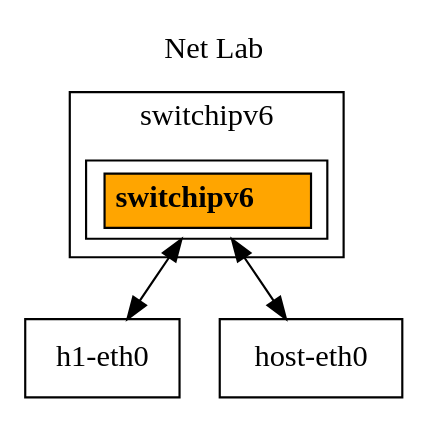
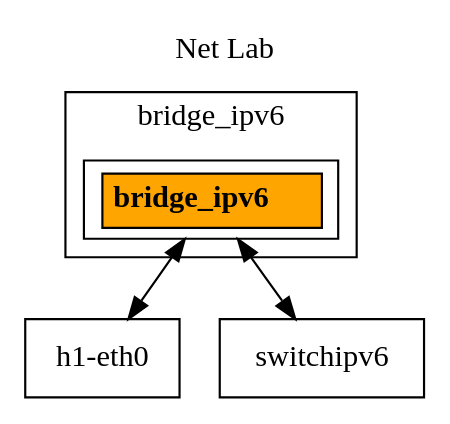
Before and after one commit to anhndd/IPv6_IPv4_Packet_Translation: the diagram in graph.dot, drawn with Graphviz. The commit also changed 3 other files, not shown here.

```diff
--- a/graph.dot
+++ b/graph.dot
@@ -1,22 +1,22 @@
 digraph G { 
     label = "Net Lab";
     labelloc = top;
  
     node [shape=record];
     edge [dir=both];
 subgraph cluster_0 {
 		label = h1;
 	
 	}
 subgraph cluster_1 {
-		label = switchipv6;
+		label = bridge_ipv6;
 	
-        "switchipv6" [label=<
+        "bridge_ipv6" [label=<
             <table border="0" cellborder="1" cellspacing="0" cellpadding="4">
-                <tr><td bgcolor="orange"><b>switchipv6</b></td></tr>
+                <tr><td bgcolor="orange"><b>bridge_ipv6</b></td></tr>
             </table>
         >];
 	}
- "switchipv6"->"h1-eth0"; 
- "switchipv6"->"host-eth0"; 
+ "bridge_ipv6"->"h1-eth0"; 
+ "bridge_ipv6"->"switchipv6"; 
 }
```
